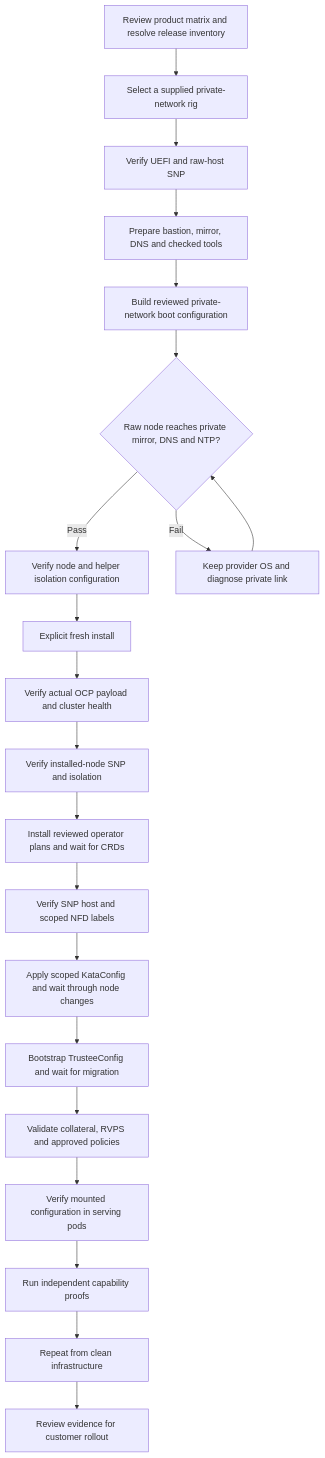
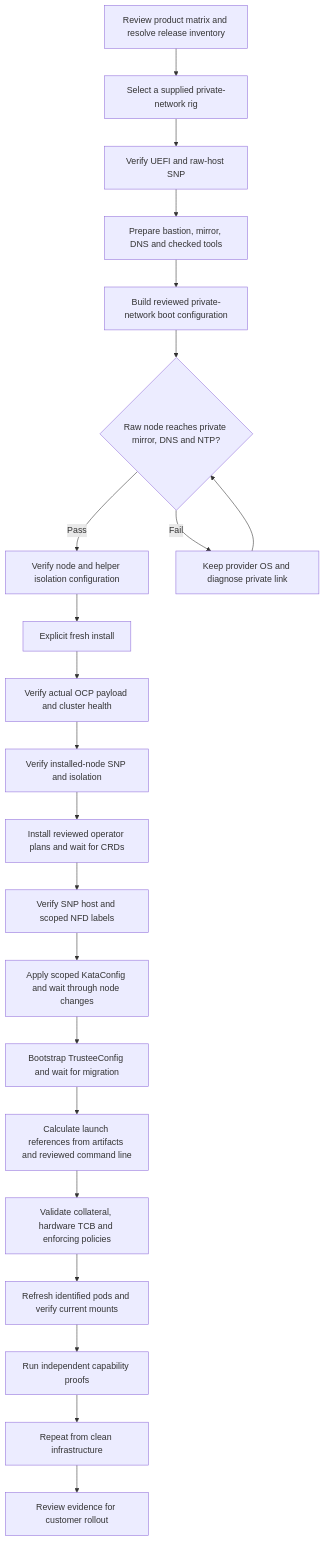
The second of 3 diagrams in docs/architecture.md (shpwrck/openshift-confidential-containers), drawn with Mermaid before and after one commit. The commit also changed other lines of this file and 7 other files, not shown here.

````diff
--- a/docs/architecture.md
+++ b/docs/architecture.md
@@ -46,23 +46,24 @@
 ```mermaid
 flowchart TD
   BOM[Review product matrix and resolve release inventory] --> Plan[Select a supplied private-network rig]
   Plan --> Hardware[Verify UEFI and raw-host SNP]
   Hardware --> Prepare[Prepare bastion, mirror, DNS and checked tools]
   Prepare --> Artifacts[Build reviewed private-network boot configuration]
   Artifacts --> Private{Raw node reaches private mirror, DNS and NTP?}
   Private -->|Pass| Isolation[Verify node and helper isolation configuration]
   Isolation --> Fresh[Explicit fresh install]
   Private -->|Fail| Network[Keep provider OS and diagnose private link]
   Network --> Private
   Fresh --> OCP[Verify actual OCP payload and cluster health]
   OCP --> Installed[Verify installed-node SNP and isolation]
   Installed --> Operators[Install reviewed operator plans and wait for CRDs]
   Operators --> SNP[Verify SNP host and scoped NFD labels]
   SNP --> Kata[Apply scoped KataConfig and wait through node changes]
   Kata --> Trustee[Bootstrap TrusteeConfig and wait for migration]
-  Trustee --> Policy[Validate collateral, RVPS and approved policies]
-  Policy --> Serving[Verify mounted configuration in serving pods]
+  Trustee --> References[Calculate launch references from artifacts and reviewed command line]
+  References --> Policy[Validate collateral, hardware TCB and enforcing policies]
+  Policy --> Serving[Refresh identified pods and verify current mounts]
   Serving --> Proof[Run independent capability proofs]
   Proof --> Repeat[Repeat from clean infrastructure]
   Repeat --> Customer[Review evidence for customer rollout]
 ```
````
